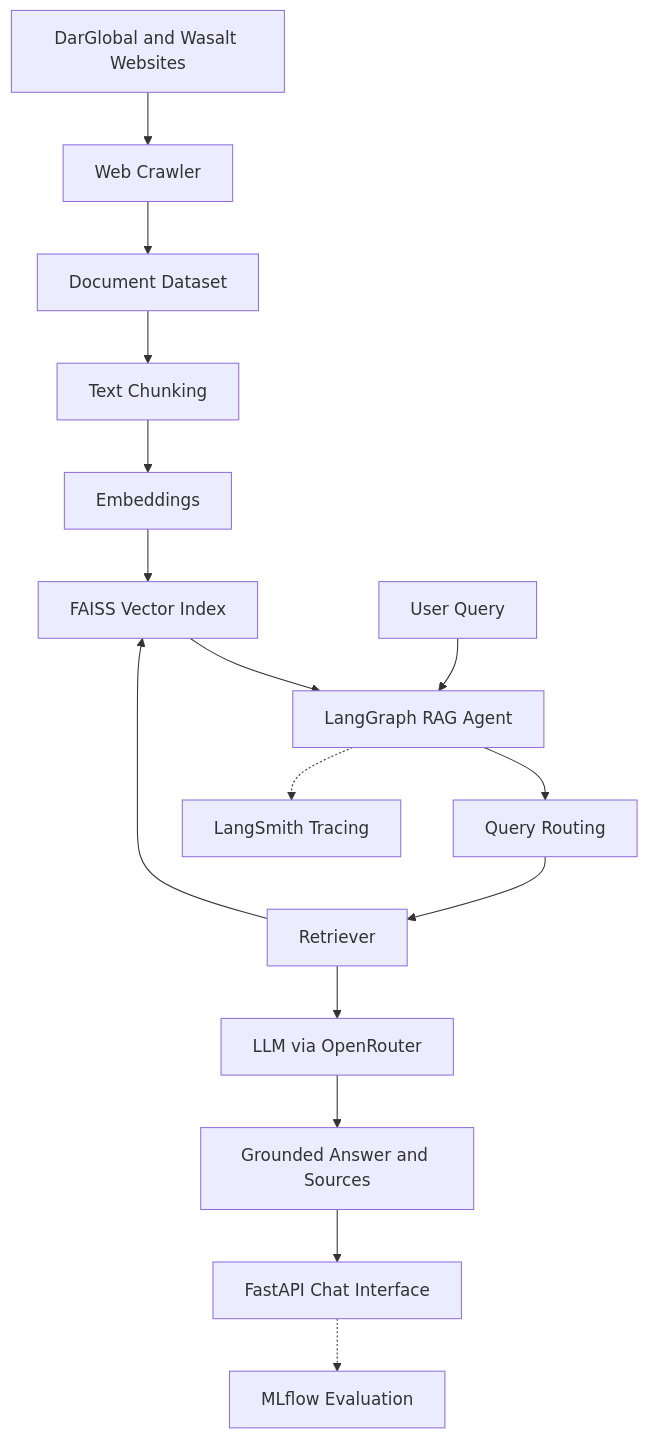
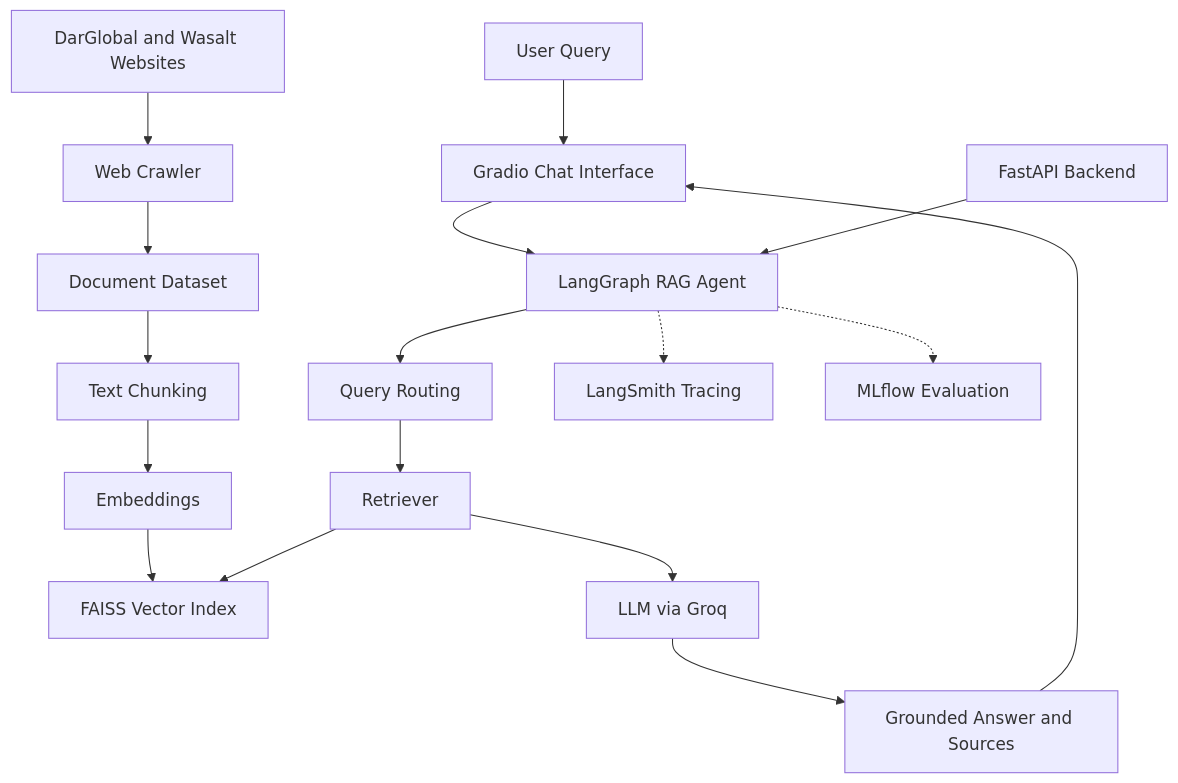
Before and after one commit to osamashabih6960/DarGlobal-Wasalt-AI-Powered-RAG-Chatbot: the diagram in README.md, drawn with Mermaid. The commit also changed other lines of this file and 1 other file, not shown here.

Commit message:
Fix Gradio Space configuration and deployment

````diff
--- a/README.md
+++ b/README.md
@@ -35,18 +43,21 @@
 ```mermaid
 flowchart TD
     A[DarGlobal and Wasalt Websites] --> B[Web Crawler]
     B --> C[Document Dataset]
     C --> D[Text Chunking]
     D --> E[Embeddings]
     E --> F[FAISS Vector Index]
-    F --> G[LangGraph RAG Agent]
-    H[User Query] --> G
-    G --> I[Query Routing]
-    I --> J[Retriever]
-    J --> F
-    J --> K[LLM via OpenRouter]
-    K --> L[Grounded Answer and Sources]
-    L --> M[FastAPI Chat Interface]
-    G -.-> N[LangSmith Tracing]
-    M -.-> O[MLflow Evaluation]
+
+    H[User Query] --> G[Gradio Chat Interface]
+    G --> I[LangGraph RAG Agent]
+    I --> J[Query Routing]
+    J --> K[Retriever]
+    K --> F
+    K --> L[LLM via Groq]
+    L --> M[Grounded Answer and Sources]
+    M --> G
+
+    I -.-> N[LangSmith Tracing]
+    I -.-> O[MLflow Evaluation]
+    P[FastAPI Backend] --> I
 ```
````
